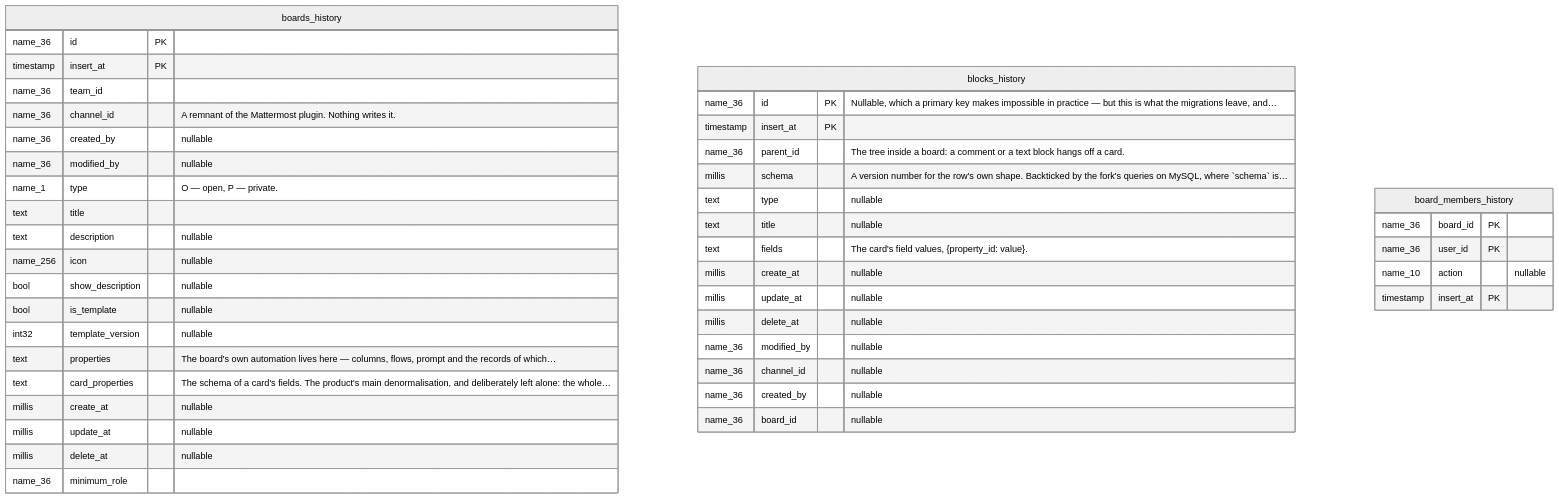
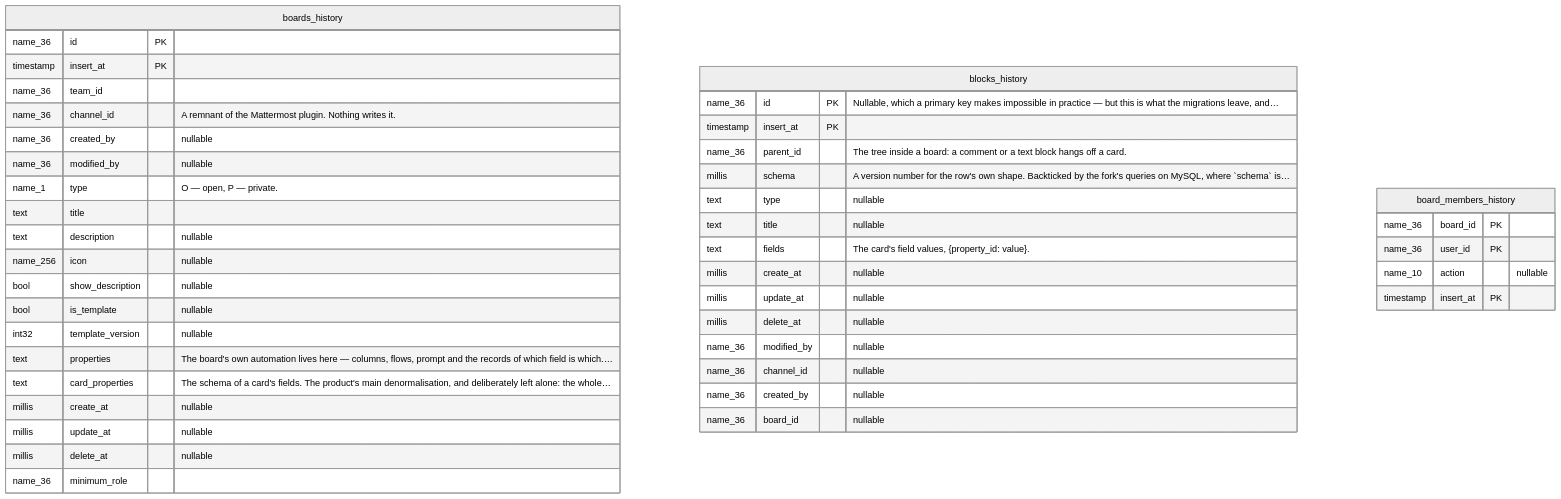
Before and after one commit to artipop/pourquoipas: the second of 8 diagrams in docs/schema/erd.md, drawn with Mermaid (neutral theme). The commit also changed other lines of this file and 23 other files, not shown here.

````diff
--- a/docs/schema/erd.md
+++ b/docs/schema/erd.md
@@ -198,47 +200,47 @@
 ```mermaid
 erDiagram
 
     boards_history {
         name_36 id PK
         timestamp insert_at PK
         name_36 team_id
         name_36 channel_id "A remnant of the Mattermost plugin. Nothing writes it."
         name_36 created_by "nullable"
         name_36 modified_by "nullable"
         name_1 type "O — open, P — private."
         text title
         text description "nullable"
         name_256 icon "nullable"
         bool show_description "nullable"
         bool is_template "nullable"
         int32 template_version "nullable"
-        text properties "The board's own automation lives here — columns, flows, prompt and the records of which…"
+        text properties "The board's own automation lives here — columns, flows, prompt and the records of which field is which.…"
         text card_properties "The schema of a card's fields. The product's main denormalisation, and deliberately left alone: the whole…"
         millis create_at "nullable"
         millis update_at "nullable"
         millis delete_at "nullable"
         name_36 minimum_role
     }
     blocks_history {
         name_36 id PK "Nullable, which a primary key makes impossible in practice — but this is what the migrations leave, and…"
         timestamp insert_at PK
         name_36 parent_id "The tree inside a board: a comment or a text block hangs off a card."
         millis schema "A version number for the row's own shape. Backticked by the fork's queries on MySQL, where `schema` is…"
         text type "nullable"
         text title "nullable"
         text fields "The card's field values, {property_id: value}."
         millis create_at "nullable"
         millis update_at "nullable"
         millis delete_at "nullable"
         name_36 modified_by "nullable"
         name_36 channel_id "nullable"
         name_36 created_by "nullable"
         name_36 board_id "nullable"
     }
     board_members_history {
         name_36 board_id PK
         name_36 user_id PK
         name_10 action "nullable"
         timestamp insert_at PK
     }
 ```
````
